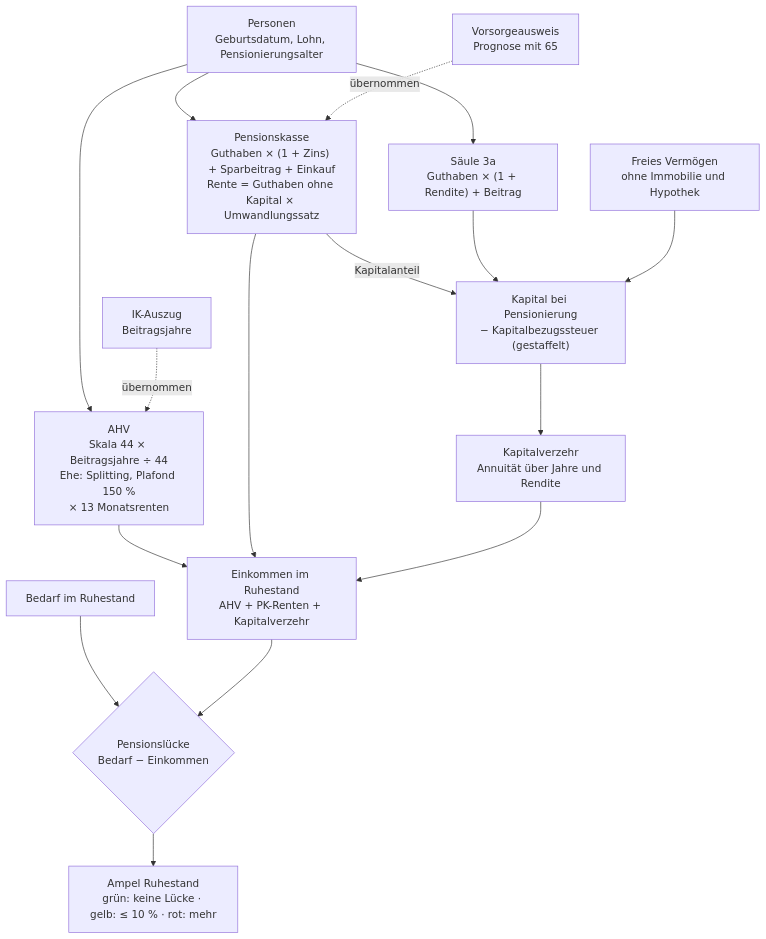
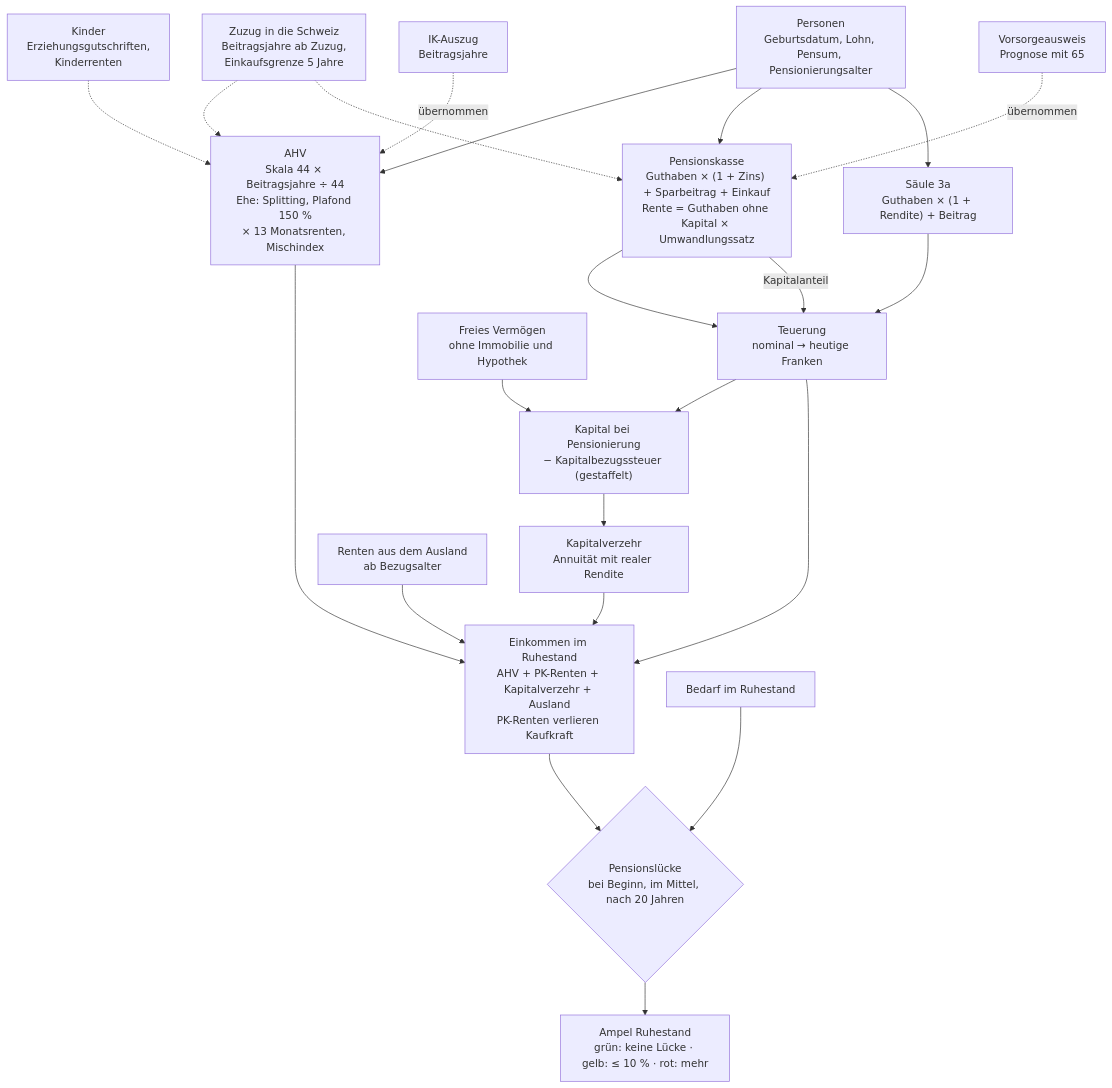
The diagram in docs/vorsorge.mmd (khu1985/finanz-ha), drawn with Mermaid before and after one commit. The commit also changed 15 other files, not shown here.

First line of the commit message:
Doku: Diagramme auf Stand 0.16.0, automatische Prüfung der Dokumentation

```diff
--- a/docs/vorsorge.mmd
+++ b/docs/vorsorge.mmd
@@ -1,16 +1,21 @@
 flowchart TD
-    P["Personen<br/>Geburtsdatum, Lohn, Pensionierungsalter"] --> AHV
+    P["Personen<br/>Geburtsdatum, Lohn, Pensum, Pensionierungsalter"] --> AHV
     P --> PK
     P --> A3
+    ZU["Zuzug in die Schweiz<br/>Beitragsjahre ab Zuzug,<br/>Einkaufsgrenze 5 Jahre"] -.-> AHV & PK
+    KI["Kinder<br/>Erziehungsgutschriften,<br/>Kinderrenten"] -.-> AHV
     VA["Vorsorgeausweis<br/>Prognose mit 65"] -. übernommen .-> PK
     IK["IK-Auszug<br/>Beitragsjahre"] -. übernommen .-> AHV
-    AHV["AHV<br/>Skala 44 × Beitragsjahre ÷ 44<br/>Ehe: Splitting, Plafond 150 %<br/>× 13 Monatsrenten"] --> E
-    PK["Pensionskasse<br/>Guthaben × (1 + Zins) + Sparbeitrag + Einkauf<br/>Rente = Guthaben ohne Kapital × Umwandlungssatz"] --> E
-    PK -- Kapitalanteil --> KAP
-    A3["Säule 3a<br/>Guthaben × (1 + Rendite) + Beitrag"] --> KAP
+    AHV["AHV<br/>Skala 44 × Beitragsjahre ÷ 44<br/>Ehe: Splitting, Plafond 150 %<br/>× 13 Monatsrenten, Mischindex"] --> E
+    PK["Pensionskasse<br/>Guthaben × (1 + Zins) + Sparbeitrag + Einkauf<br/>Rente = Guthaben ohne Kapital × Umwandlungssatz"] --> TE
+    PK -- Kapitalanteil --> TE
+    A3["Säule 3a<br/>Guthaben × (1 + Rendite) + Beitrag"] --> TE
+    TE["Teuerung<br/>nominal → heutige Franken"] --> KAP
+    TE --> E
     VM["Freies Vermögen<br/>ohne Immobilie und Hypothek"] --> KAP
-    KAP["Kapital bei Pensionierung<br/>− Kapitalbezugssteuer (gestaffelt)"] --> AN["Kapitalverzehr<br/>Annuität über Jahre und Rendite"]
-    AN --> E["Einkommen im Ruhestand<br/>AHV + PK-Renten + Kapitalverzehr"]
+    KAP["Kapital bei Pensionierung<br/>− Kapitalbezugssteuer (gestaffelt)"] --> AN["Kapitalverzehr<br/>Annuität mit realer Rendite"]
+    AU["Renten aus dem Ausland<br/>ab Bezugsalter"] --> E
+    AN --> E["Einkommen im Ruhestand<br/>AHV + PK-Renten + Kapitalverzehr + Ausland<br/>PK-Renten verlieren Kaufkraft"]
     B["Bedarf im Ruhestand"] --> L
-    E --> L{"Pensionslücke<br/>Bedarf − Einkommen"}
+    E --> L{"Pensionslücke<br/>bei Beginn, im Mittel, nach 20 Jahren"}
     L --> AMP["Ampel Ruhestand<br/>grün: keine Lücke · gelb: ≤ 10 % · rot: mehr"]
```
